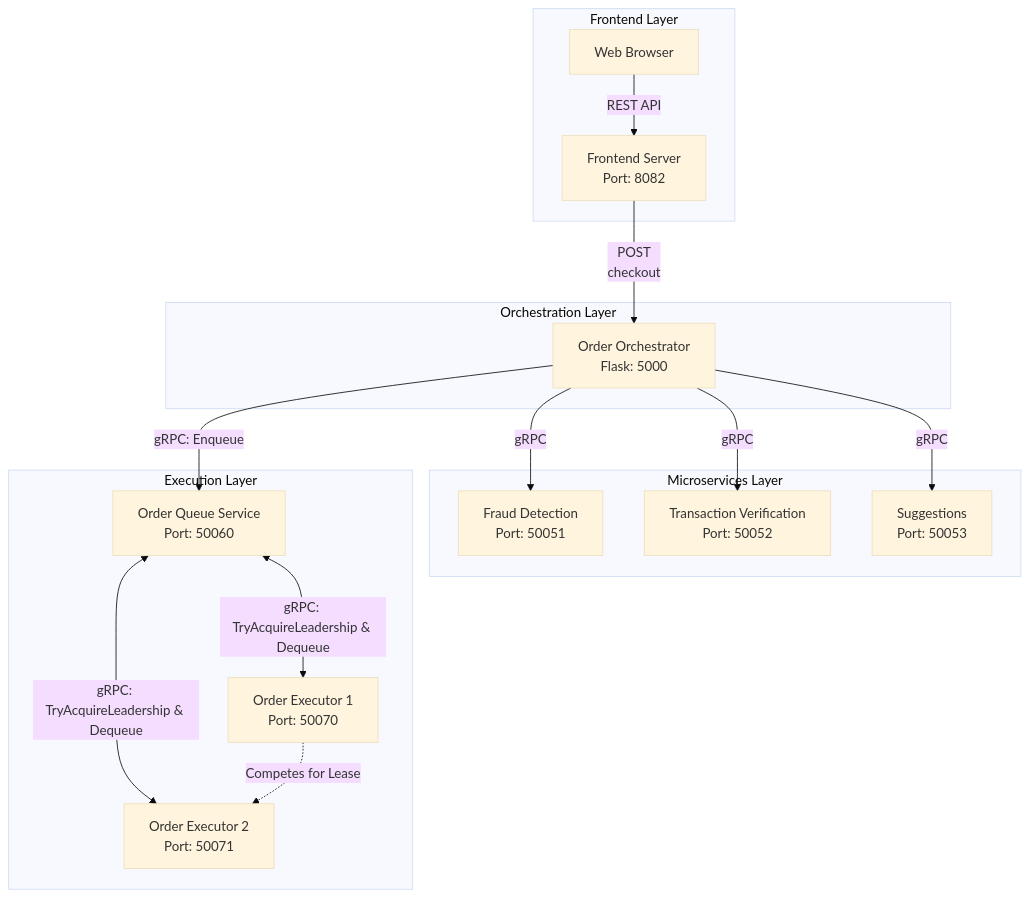
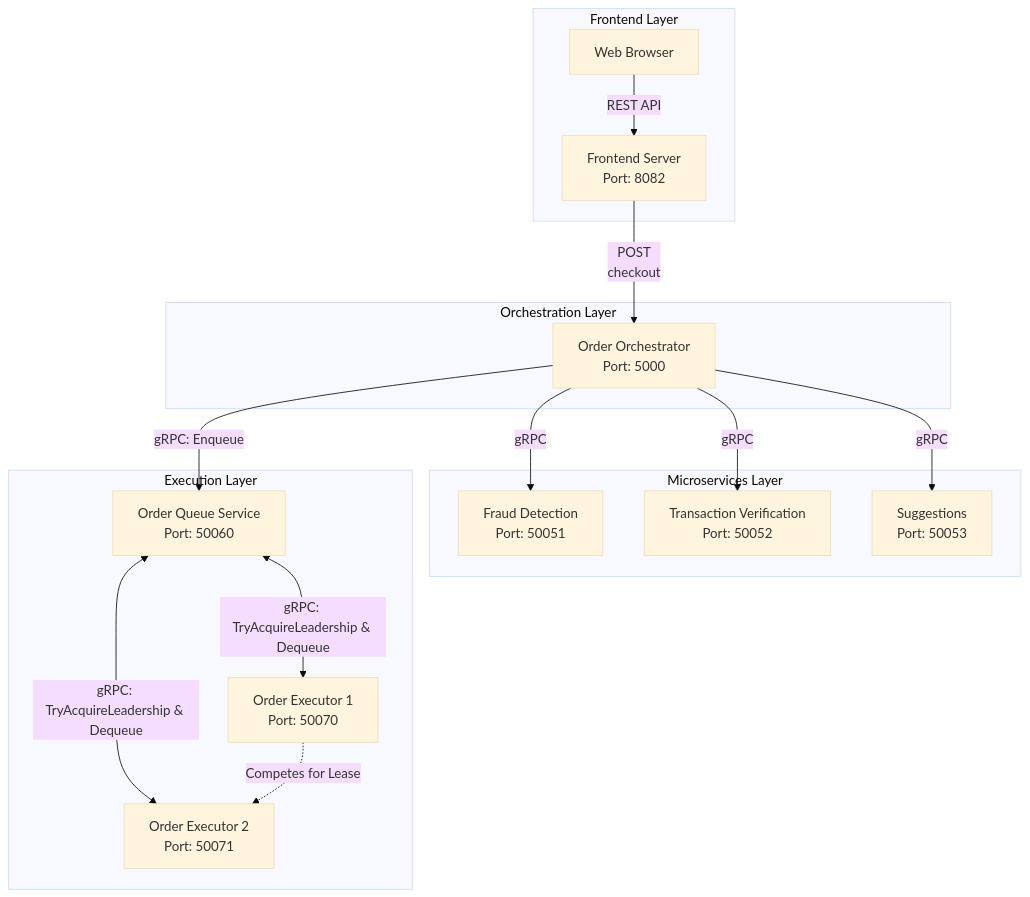
The first of 8 diagrams in README.md (mharisirfan/ds-practice-2025), drawn with Mermaid (base theme) before and after one commit.

Commit message:
Fix port description for Order Orchestrator in README

````diff
--- a/README.md
+++ b/README.md
@@ -10,26 +10,26 @@
 ```mermaid
 graph TD
     subgraph "Frontend Layer"
         A[Web Browser] -->|REST API| B[Frontend Server<br/>Port: 8082]
     end 
 
     subgraph "Orchestration Layer"
-        B -->|POST<br/>checkout| C[Order Orchestrator<br/>Flask: 5000]
+        B -->|POST<br/>checkout| C[Order Orchestrator<br/>Port: 5000]
     end    
 
     subgraph "Microservices Layer"
         C -->|gRPC| D[Fraud Detection<br/>Port: 50051]
         C -->|gRPC| E[Transaction Verification<br/>Port: 50052]
         C -->|gRPC| F[Suggestions<br/>Port: 50053]
     end
 
     subgraph "Execution Layer"
         C -->|gRPC: Enqueue| G[Order Queue Service<br/>Port: 50060]
         
         G <-->|gRPC: TryAcquireLeadership & Dequeue| H1[Order Executor 1<br/>Port: 50070]
         G <-->|gRPC: TryAcquireLeadership & Dequeue| H2[Order Executor 2<br/>Port: 50071]
         
         %% Represents the lease-based leader state held in the queue
         H1 -.->|Competes for Lease| H2
     end
 ```
````
